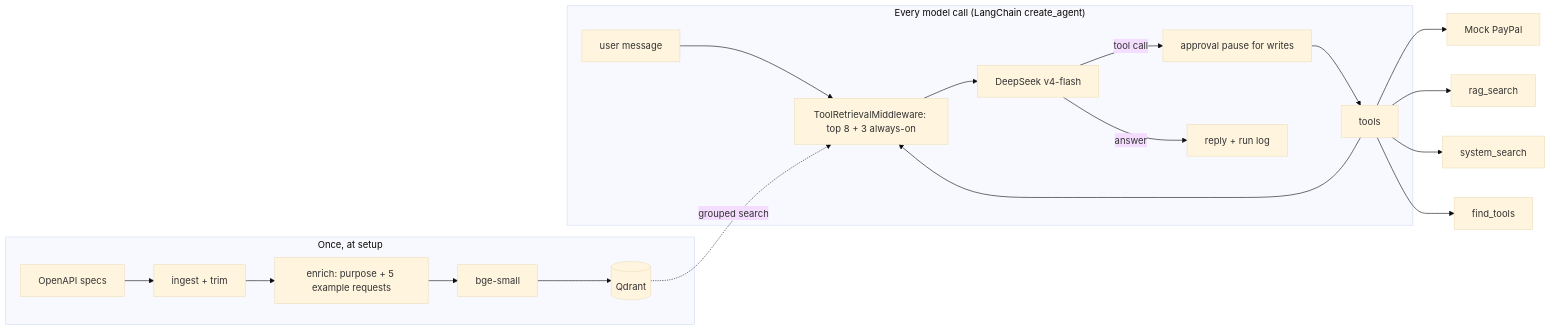
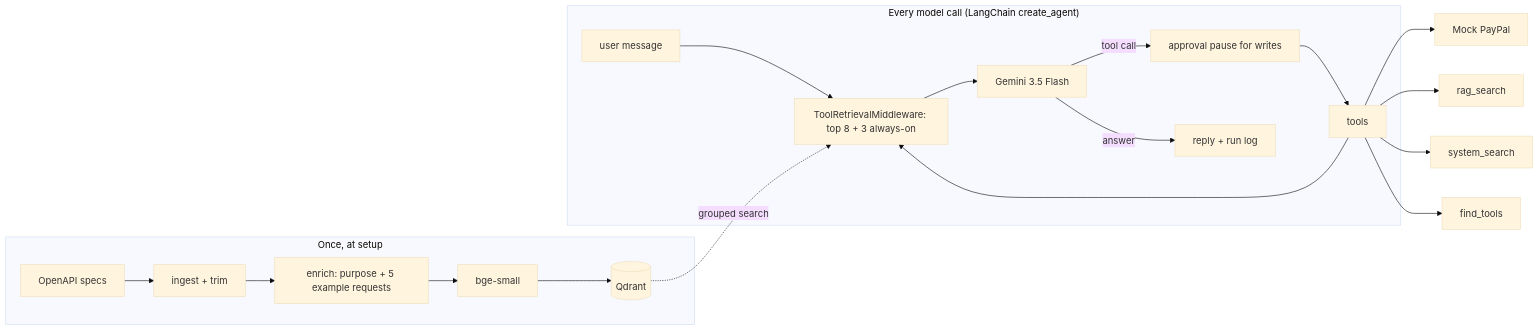
Before and after one commit to ajay-drew/tool-retrieval-agent: the diagram in README.md, drawn with Mermaid (base theme). The commit also changed other lines of this file and 16 other files, not shown here.

````diff
--- a/README.md
+++ b/README.md
@@ -13,18 +13,18 @@
 ```mermaid
 flowchart LR
   subgraph Setup["Once, at setup"]
     S[OpenAPI specs] --> I[ingest + trim] --> E[enrich: purpose + 5 example requests] --> X[bge-small] --> Q[(Qdrant)]
   end
   subgraph Turn["Every model call (LangChain create_agent)"]
     U[user message] --> M[ToolRetrievalMiddleware: top 8 + 3 always-on]
     Q -.grouped search.-> M
-    M --> L[DeepSeek v4-flash]
+    M --> L[Gemini 3.5 Flash]
     L -- tool call --> H[approval pause for writes] --> T[tools]
     T --> M
     L -- answer --> R[reply + run log]
   end
   T --> P[Mock PayPal]
   T --> K[rag_search]
   T --> Y[system_search]
   T --> F[find_tools]
 ```
````
